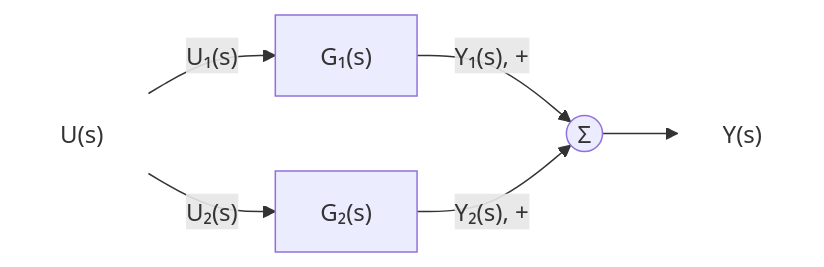
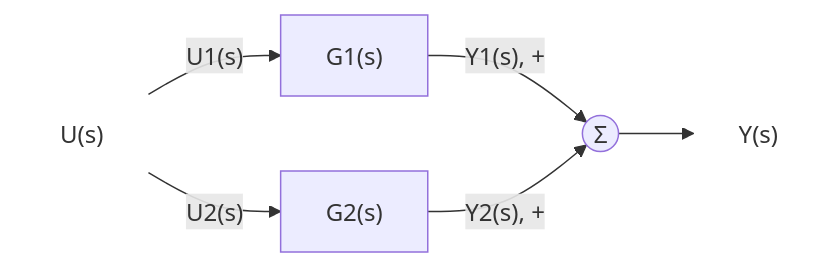
The fourth of 15 diagrams in Lecture-Notes/Week05_Control-System-Modeling-II/Concepts_Lecture.ko.md (Choroning/25Fall_Neural-Network-Control-Systems), drawn with Mermaid before and after one commit. The commit also changed other lines of this file and 25 other files, not shown here.

````diff
--- a/Lecture-Notes/Week05_Control-System-Modeling-II/Concepts_Lecture.ko.md
+++ b/Lecture-Notes/Week05_Control-System-Modeling-II/Concepts_Lecture.ko.md
@@ -619,10 +621,10 @@
 ```mermaid
 flowchart LR
-  U["U(s)"] -->|"U₁(s)"| G1["G₁(s)"]
-  U -->|"U₂(s)"| G2["G₂(s)"]
-  G1 -->|"Y₁(s), +"| S(("Σ"))
-  G2 -->|"Y₂(s), +"| S
+  U["U(s)"] -->|"U1(s)"| G1["G1(s)"]
+  U -->|"U2(s)"| G2["G2(s)"]
+  G1 -->|"Y1(s), +"| S(("Σ"))
+  G2 -->|"Y2(s), +"| S
   S --> Y["Y(s)"]
   classDef sig fill:none,stroke:none;
   class U,Y sig;
 ```
````
